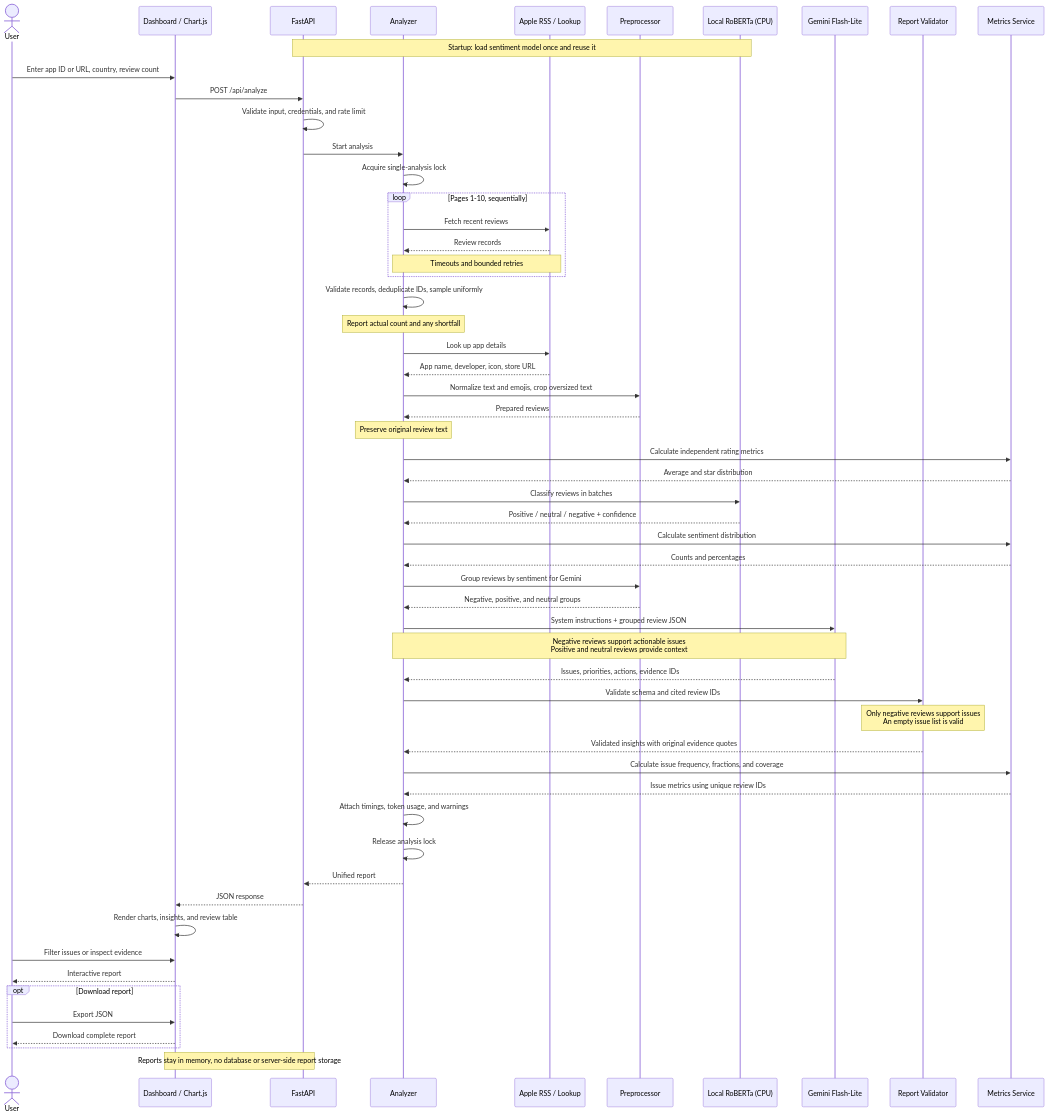
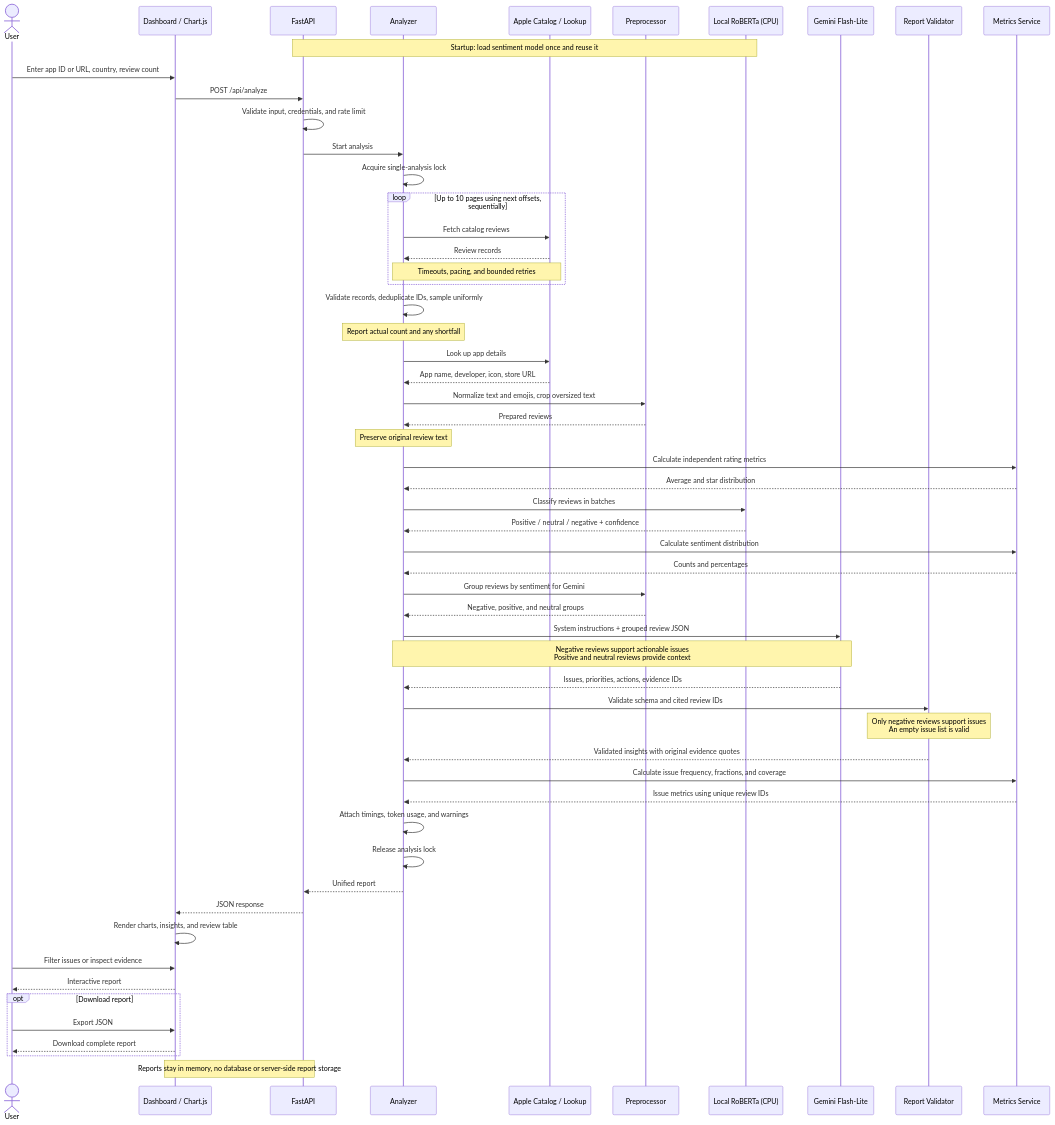
The diagram in docs/sequence.mmd (Qizix/as-review-analizator), drawn with Mermaid before and after one commit. The commit also changed 10 other files, not shown here.

Commit message:
Collect reviews from Apple catalog API

```diff
--- a/docs/sequence.mmd
+++ b/docs/sequence.mmd
@@ -1,63 +1,63 @@
 sequenceDiagram
     actor User
     participant UI as Dashboard / Chart.js
     participant API as FastAPI
     participant Pipeline as Analyzer
-    participant Apple as Apple RSS / Lookup
+    participant Apple as Apple Catalog / Lookup
     participant Prep as Preprocessor
     participant Sentiment as Local RoBERTa (CPU)
     participant Gemini as Gemini Flash-Lite
     participant Validator as Report Validator
     participant Metrics as Metrics Service
 
     Note over API,Sentiment: Startup: load sentiment model once and reuse it
     User->>UI: Enter app ID or URL, country, review count
     UI->>API: POST /api/analyze
     API->>API: Validate input, credentials, and rate limit
     API->>Pipeline: Start analysis
     Pipeline->>Pipeline: Acquire single-analysis lock
 
-    loop Pages 1-10, sequentially
-        Pipeline->>Apple: Fetch recent reviews
+    loop Up to 10 pages using next offsets, sequentially
+        Pipeline->>Apple: Fetch catalog reviews
         Apple-->>Pipeline: Review records
-        Note over Pipeline,Apple: Timeouts and bounded retries
+        Note over Pipeline,Apple: Timeouts, pacing, and bounded retries
     end
     Pipeline->>Pipeline: Validate records, deduplicate IDs, sample uniformly
     Note over Pipeline: Report actual count and any shortfall
     Pipeline->>Apple: Look up app details
     Apple-->>Pipeline: App name, developer, icon, store URL
 
     Pipeline->>Prep: Normalize text and emojis, crop oversized text
     Prep-->>Pipeline: Prepared reviews
     Note over Pipeline: Preserve original review text
     Pipeline->>Metrics: Calculate independent rating metrics
     Metrics-->>Pipeline: Average and star distribution
     Pipeline->>Sentiment: Classify reviews in batches
     Sentiment-->>Pipeline: Positive / neutral / negative + confidence
     Pipeline->>Metrics: Calculate sentiment distribution
     Metrics-->>Pipeline: Counts and percentages
 
     Pipeline->>Prep: Group reviews by sentiment for Gemini
     Prep-->>Pipeline: Negative, positive, and neutral groups
     Pipeline->>Gemini: System instructions + grouped review JSON
     Note over Pipeline,Gemini: Negative reviews support actionable issues<br/>Positive and neutral reviews provide context
     Gemini-->>Pipeline: Issues, priorities, actions, evidence IDs
     Pipeline->>Validator: Validate schema and cited review IDs
     Note over Validator: Only negative reviews support issues<br/>An empty issue list is valid
     Validator-->>Pipeline: Validated insights with original evidence quotes
     Pipeline->>Metrics: Calculate issue frequency, fractions, and coverage
     Metrics-->>Pipeline: Issue metrics using unique review IDs
 
     Pipeline->>Pipeline: Attach timings, token usage, and warnings
     Pipeline->>Pipeline: Release analysis lock
     Pipeline-->>API: Unified report
     API-->>UI: JSON response
     UI->>UI: Render charts, insights, and review table
     User->>UI: Filter issues or inspect evidence
     UI-->>User: Interactive report
 
     opt Download report
         User->>UI: Export JSON
         UI-->>User: Download complete report
     end
     Note over UI,API: Reports stay in memory, no database or server-side report storage
```
